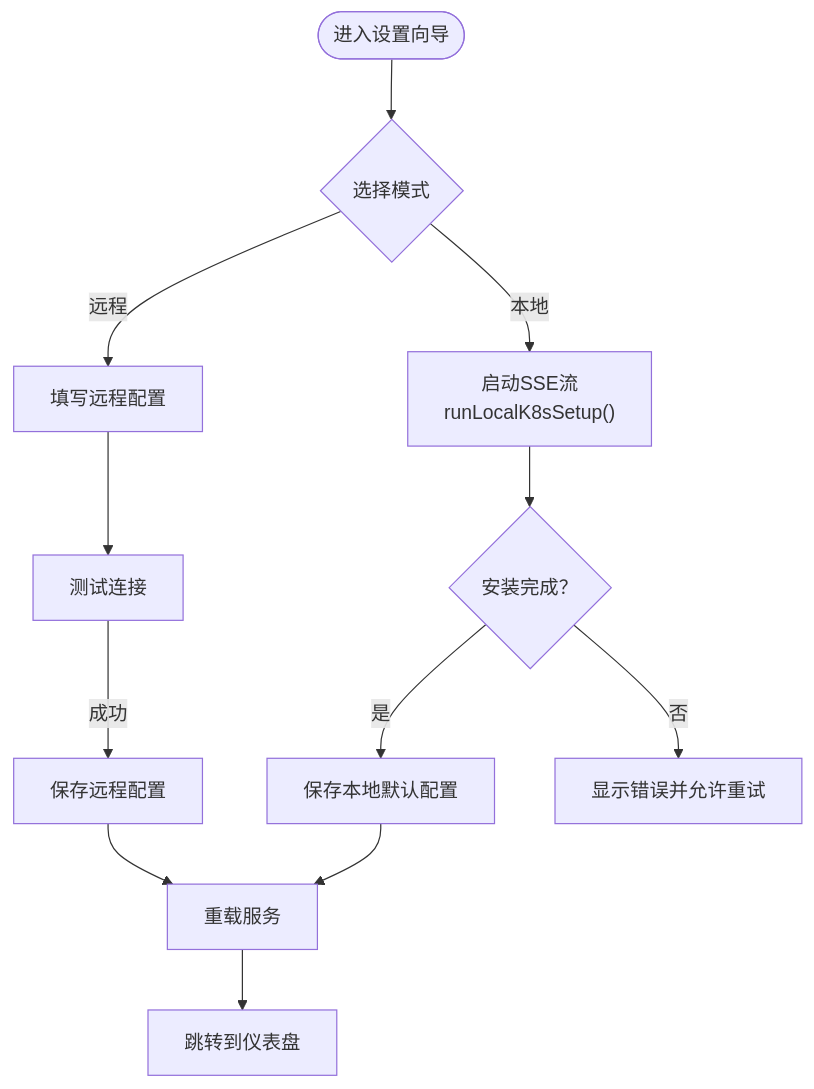
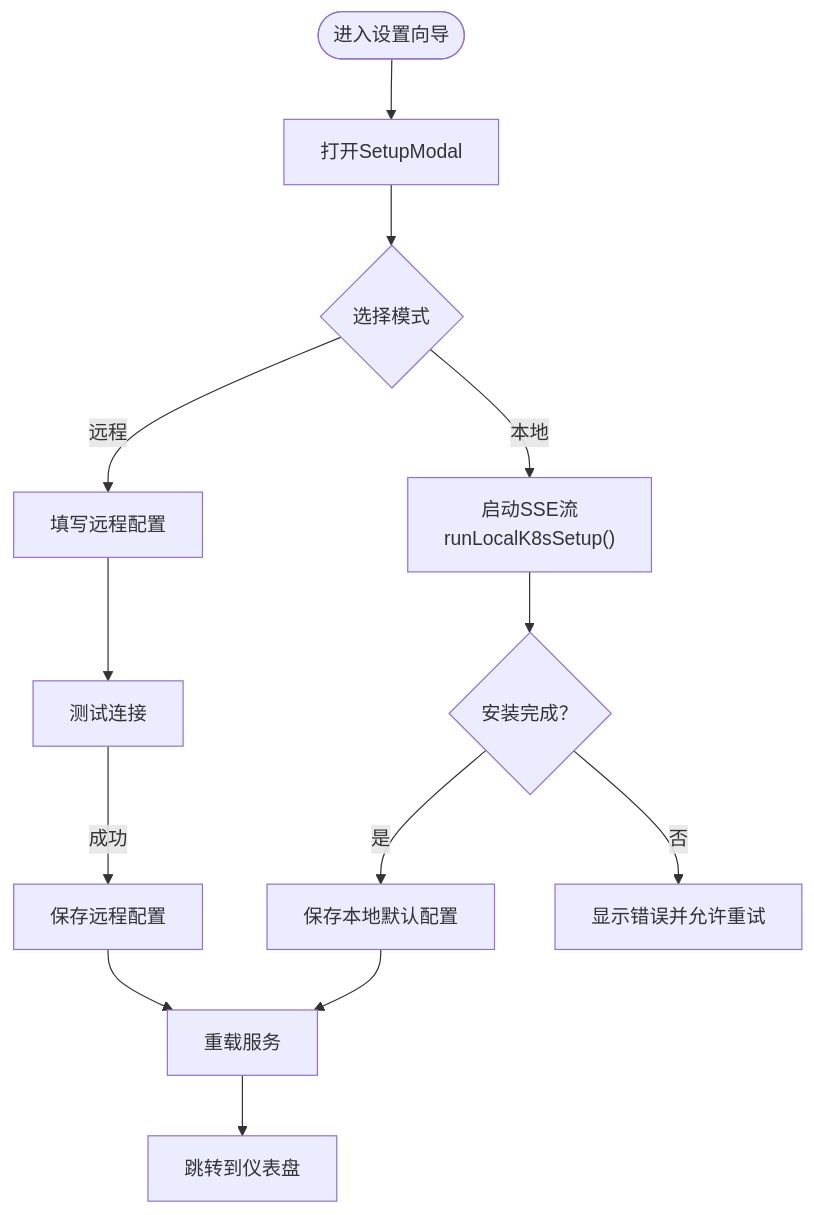
The third of 4 diagrams in .qoder/repowiki/zh/content/前端应用架构/API客户端层/设置向导API.md (RabbitAI-Lab/Sandbox-Manager), drawn with Mermaid before and after one commit. The commit also changed other lines of this file and 15 other files, not shown here.

````diff
--- a/.qoder/repowiki/zh/content/前端应用架构/API客户端层/设置向导API.md
+++ b/.qoder/repowiki/zh/content/前端应用架构/API客户端层/设置向导API.md
@@ -207,14 +236,15 @@
 ```mermaid
 flowchart TD
-Start(["进入设置向导"]) --> Mode{"选择模式"}
+Start(["进入设置向导"]) --> Modal["打开SetupModal"]
+Modal --> Mode{"选择模式"}
 Mode --> |本地| Local["启动SSE流<br/>runLocalK8sSetup()"]
 Mode --> |远程| Remote["填写远程配置"]
 Remote --> Test["测试连接"]
 Test --> |成功| SaveRemote["保存远程配置"]
 SaveRemote --> Reload["重载服务"]
 Local --> Done{"安装完成？"}
 Done --> |是| SaveLocal["保存本地默认配置"]
 SaveLocal --> Reload
 Reload --> Dashboard["跳转到仪表盘"]
 Done --> |否| Error["显示错误并允许重试"]
 ```
````
